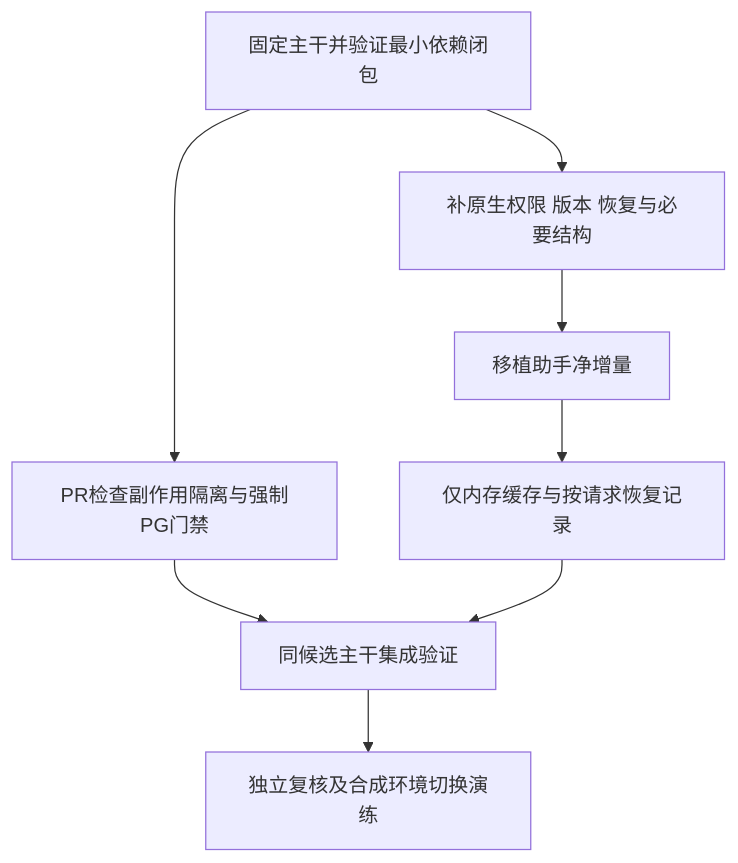
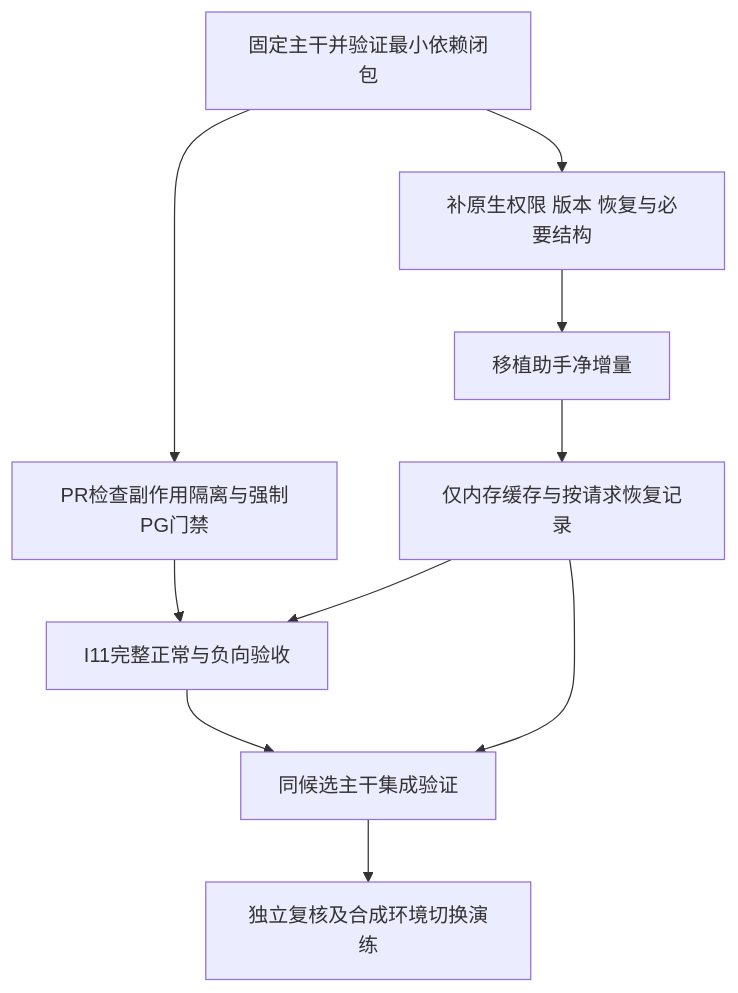
One commit to VanTam-CN/law-oa-go changed the diagram in docs/plans/np-main-integration/implementation-and-acceptance-plan.md. Above: the diagram before and after it, drawn with Mermaid. The commit also changed other lines of this file and 13 other files, not shown here.

````diff
--- a/docs/plans/np-main-integration/implementation-and-acceptance-plan.md
+++ b/docs/plans/np-main-integration/implementation-and-acceptance-plan.md
@@ -121,10 +140,12 @@
 ```mermaid
 flowchart TD
   P0[固定主干并验证最小依赖闭包] --> P1[补原生权限 版本 恢复与必要结构]
   P0 --> P2[PR检查副作用隔离与强制PG门禁]
   P1 --> P3[移植助手净增量]
   P3 --> P4[仅内存缓存与按请求恢复记录]
-  P2 --> P5[同候选主干集成验证]
+  P2 --> CI[I11完整正常与负向验收]
+  P4 --> CI
+  CI --> P5[同候选主干集成验证]
   P4 --> P5
   P5 --> P6[独立复核及合成环境切换演练]
 ```
````
